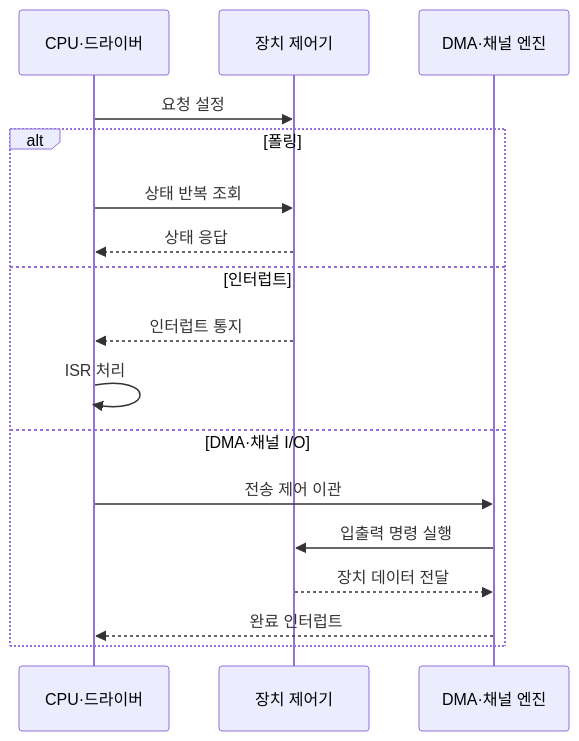
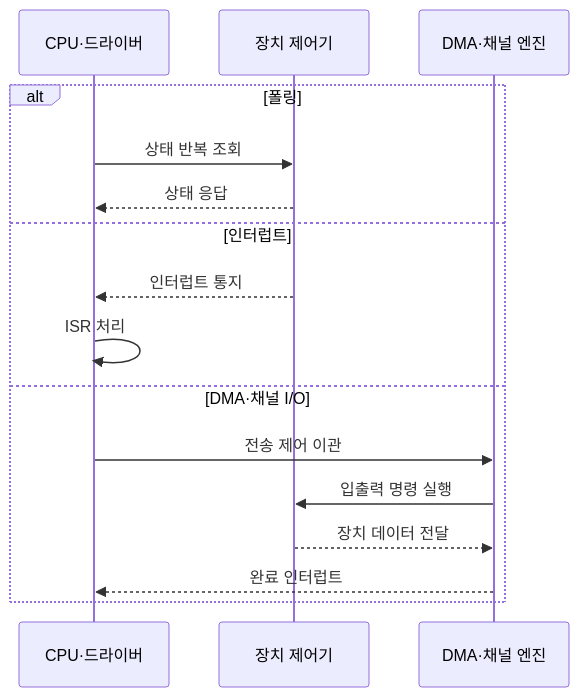
Before and after one commit to agnusdei1207/knowledge-base: the second of 2 diagrams in src/content/docs/notes/02-hardware/033_io_interface.md, drawn with Mermaid. The commit also changed other lines of this file and 17 other files, not shown here.

````diff
--- a/src/content/docs/notes/02-hardware/033_io_interface.md
+++ b/src/content/docs/notes/02-hardware/033_io_interface.md
@@ -87,19 +87,18 @@
 ```mermaid
 sequenceDiagram
     participant C as CPU·드라이버
     participant I as 장치 제어기
     participant E as DMA·채널 엔진
-    C->>I: 요청 설정
     alt 폴링
         C->>I: 상태 반복 조회
         I-->>C: 상태 응답
     else 인터럽트
         I-->>C: 인터럽트 통지
         C->>C: ISR 처리
     else DMA·채널 I/O
         C->>E: 전송 제어 이관
         E->>I: 입출력 명령 실행
         I-->>E: 장치 데이터 전달
         E-->>C: 완료 인터럽트
     end
 ```
````
